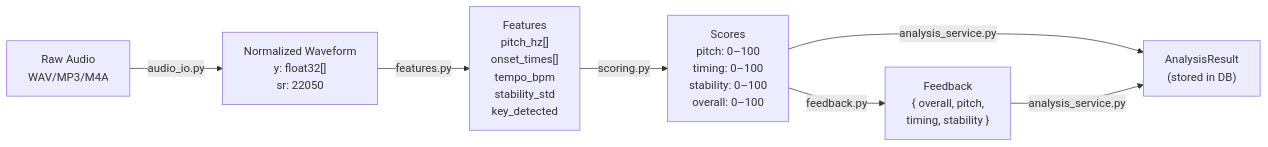
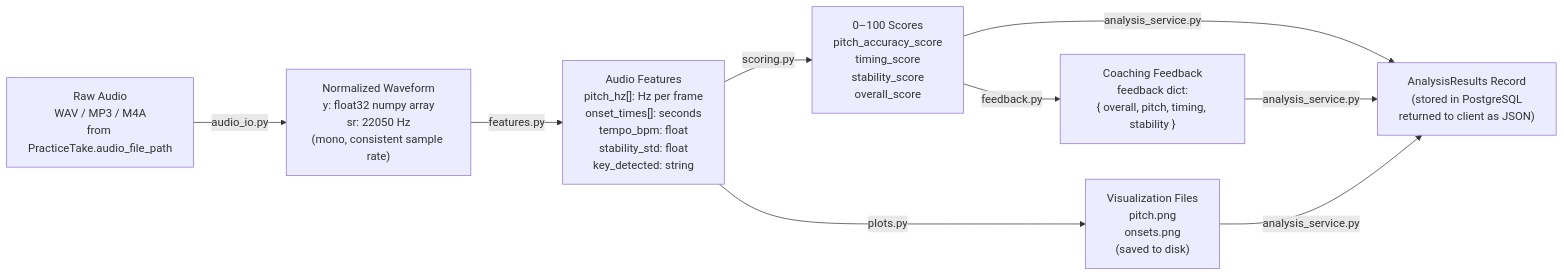
One commit to john3lizama/Music_Practice_Companion changed the second of 2 diagrams in docs/06_data_pipeline.md. Above: the diagram before and after it, drawn with Mermaid. The commit also changed other lines of this file and 5 other files, not shown here.

Commit message:
Enhance audio data pipeline documentation: clarify purpose, structure, and flow; detail each processing step with inputs, outputs, and algorithms; improve feedback generation and scoring sections; and outline implementation order and future enhancements.

````diff
--- a/docs/06_data_pipeline.md
+++ b/docs/06_data_pipeline.md
@@ -181,15 +259,23 @@
 ```mermaid
 flowchart LR
-    A["Raw Audio\nWAV/MP3/M4A"]
-    B["Normalized Waveform\ny: float32[]\nsr: 22050"]
-    C["Features\npitch_hz[]\nonset_times[]\ntempo_bpm\nstability_std\nkey_detected"]
-    D["Scores\npitch: 0–100\ntiming: 0–100\nstability: 0–100\noverall: 0–100"]
-    E["Feedback\n{ overall, pitch,\ntiming, stability }"]
-    F["AnalysisResult\n(stored in DB)"]
+    A["Raw Audio\nWAV / MP3 / M4A\nfrom PracticeTake.audio_file_path"]
+
+    B["Normalized Waveform\ny: float32 numpy array\nsr: 22050 Hz\n(mono, consistent sample rate)"]
+
+    C["Audio Features\npitch_hz[]: Hz per frame\nonset_times[]: seconds\ntempo_bpm: float\nstability_std: float\nkey_detected: string"]
+
+    D["0–100 Scores\npitch_accuracy_score\ntiming_score\nstability_score\noverall_score"]
+
+    E["Coaching Feedback\nfeedback dict:\n{ overall, pitch, timing, stability }"]
+
+    F["Visualization Files\npitch.png\nonsets.png\n(saved to disk)"]
+
+    G["AnalysisResults Record\n(stored in PostgreSQL\nreturned to client as JSON)"]
 
     A -->|"audio_io.py"| B
     B -->|"features.py"| C
     C -->|"scoring.py"| D
     D -->|"feedback.py"| E
-    D & E -->|"analysis_service.py"| F
+    C -->|"plots.py"| F
+    D & E & F -->|"analysis_service.py"| G
 ```
````
